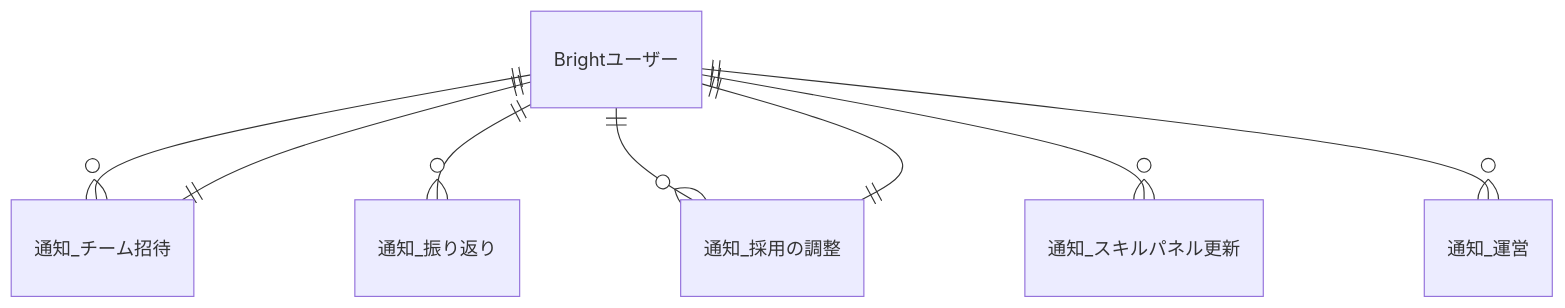
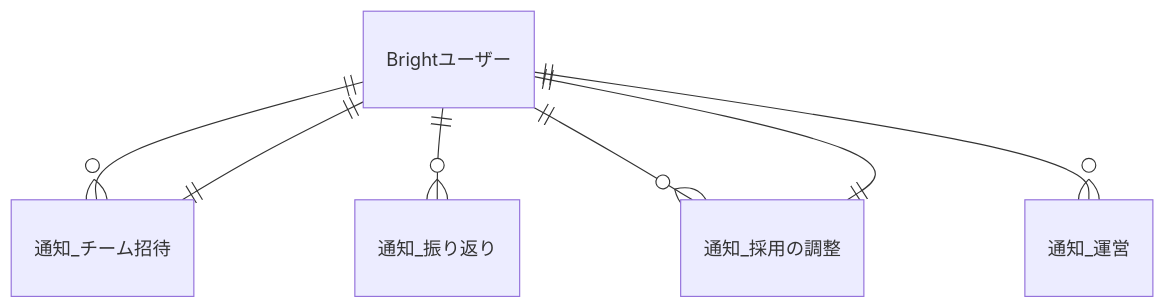
One commit to bright-org/bright changed the second of 5 diagrams in docs/conceptual_schemas/notifications.md. Above: the diagram before and after it, drawn with Mermaid. The commit also changed other lines of this file, not shown here.

```````diff
--- a/docs/conceptual_schemas/notifications.md
+++ b/docs/conceptual_schemas/notifications.md
@@ -19,14 +19,13 @@
 ```mermaid
 erDiagram
   "Brightユーザー" ||--o{ "通知_チーム招待" : ""
   "通知_チーム招待" ||--|| "Brightユーザー" : ""
 
   "Brightユーザー" ||--o{ "通知_振り返り" : ""
 
   "Brightユーザー" ||--o{ "通知_採用の調整" : ""
   "通知_採用の調整" ||--|| "Brightユーザー" : ""
 
-  "Brightユーザー" ||--o{ "通知_スキルパネル更新" : ""
   "Brightユーザー" ||--o{ "通知_運営" : ""
 
 ``````
```````
